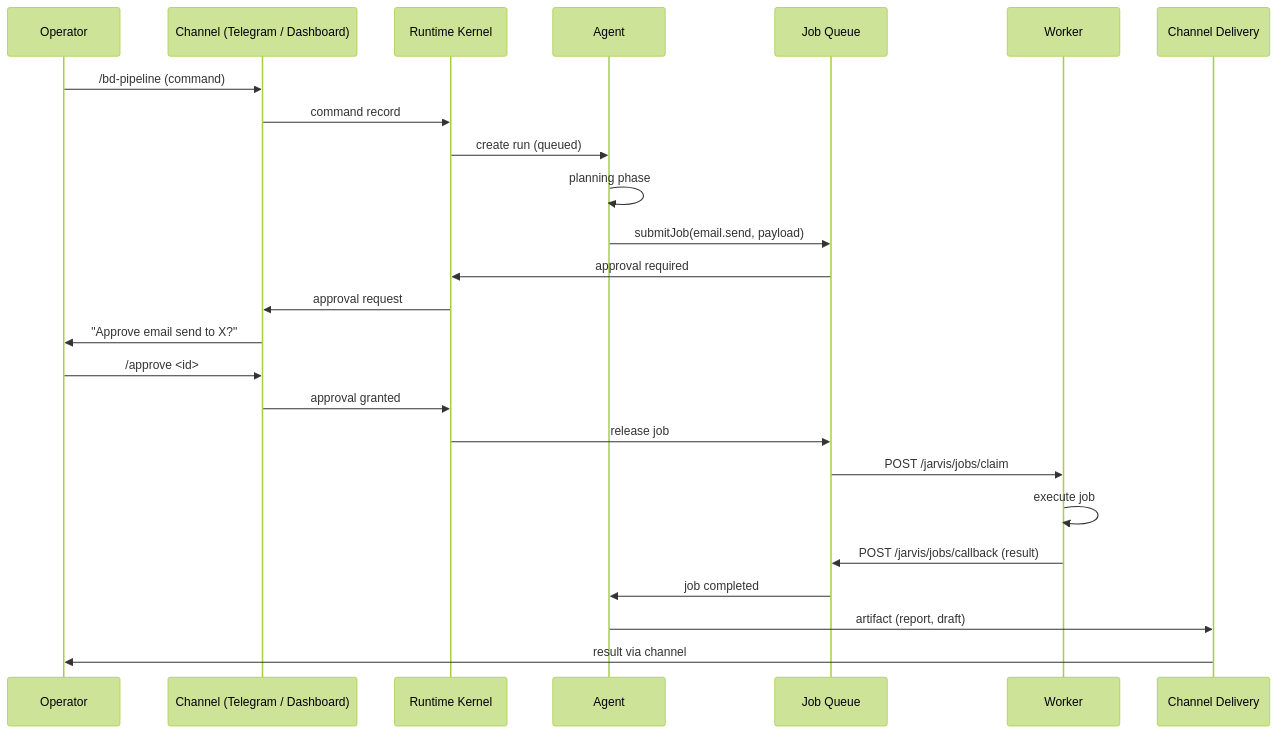
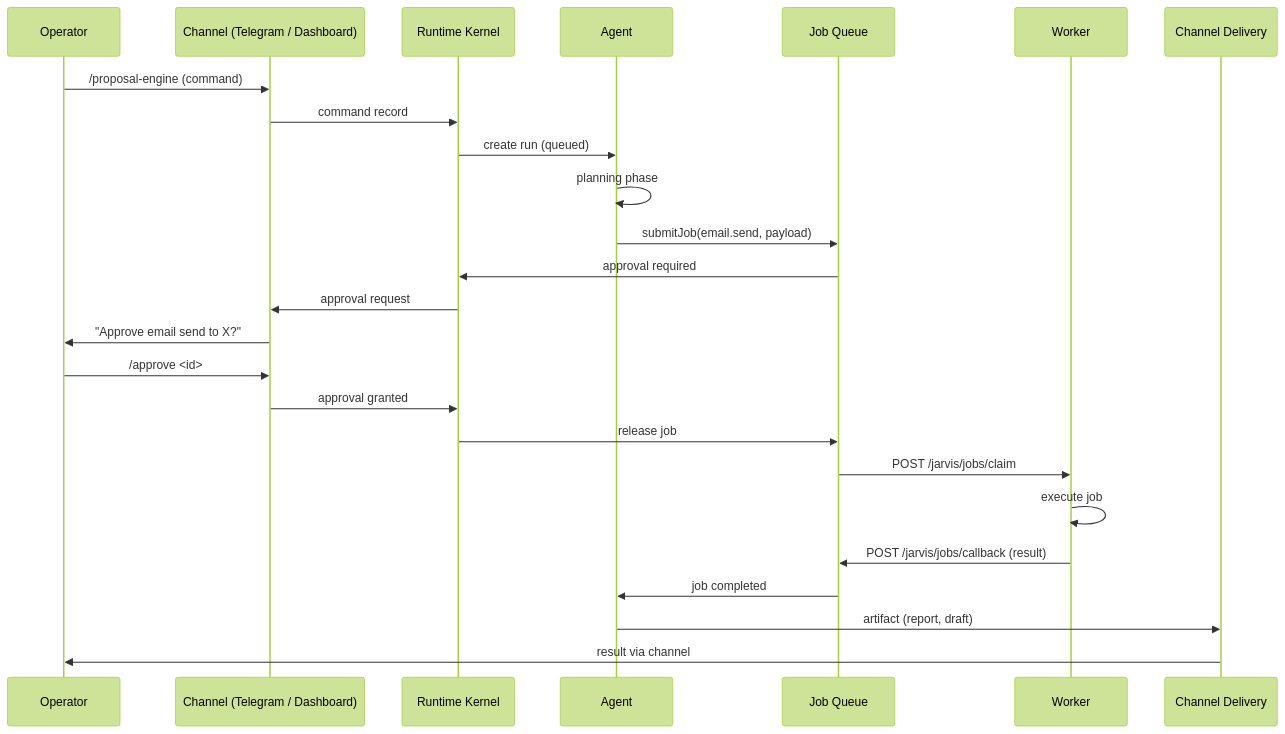
The second of 4 diagrams in docs/LIFECYCLE-DIAGRAMS.md (dturcu/jarvis), drawn with Mermaid (forest theme) before and after one commit. The commit also changed 30 other files, not shown here.

````diff
--- a/docs/LIFECYCLE-DIAGRAMS.md
+++ b/docs/LIFECYCLE-DIAGRAMS.md
@@ -33,28 +33,28 @@
 ```mermaid
 sequenceDiagram
     participant Operator
     participant Channel as Channel (Telegram / Dashboard)
     participant Kernel as Runtime Kernel
     participant Agent
     participant Queue as Job Queue
     participant Worker
     participant Delivery as Channel Delivery
 
-    Operator->>Channel: /bd-pipeline (command)
+    Operator->>Channel: /proposal-engine (command)
     Channel->>Kernel: command record
     Kernel->>Agent: create run (queued)
     Agent->>Agent: planning phase
     Agent->>Queue: submitJob(email.send, payload)
     Queue->>Kernel: approval required
     Kernel->>Channel: approval request
     Channel->>Operator: "Approve email send to X?"
     Operator->>Channel: /approve <id>
     Channel->>Kernel: approval granted
     Kernel->>Queue: release job
     Queue->>Worker: POST /jarvis/jobs/claim
     Worker->>Worker: execute job
     Worker->>Queue: POST /jarvis/jobs/callback (result)
     Queue->>Agent: job completed
     Agent->>Delivery: artifact (report, draft)
     Delivery->>Operator: result via channel
 ```
````
